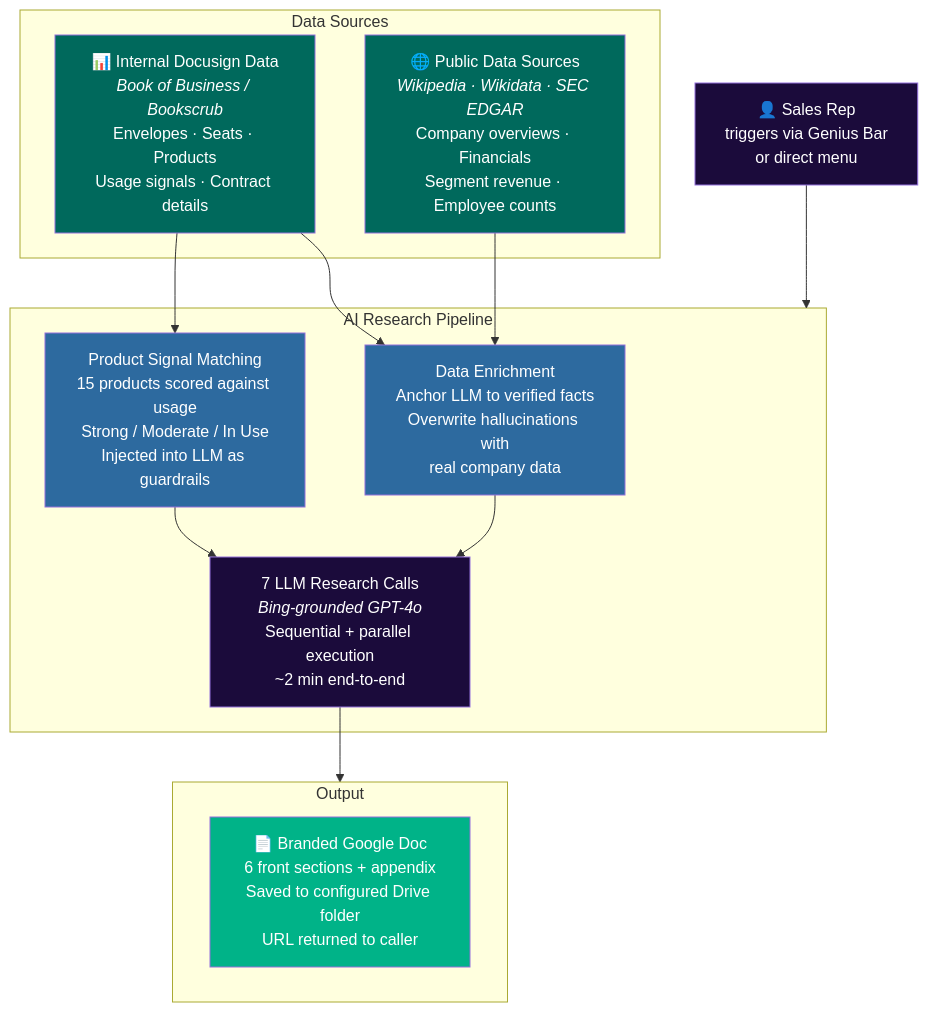
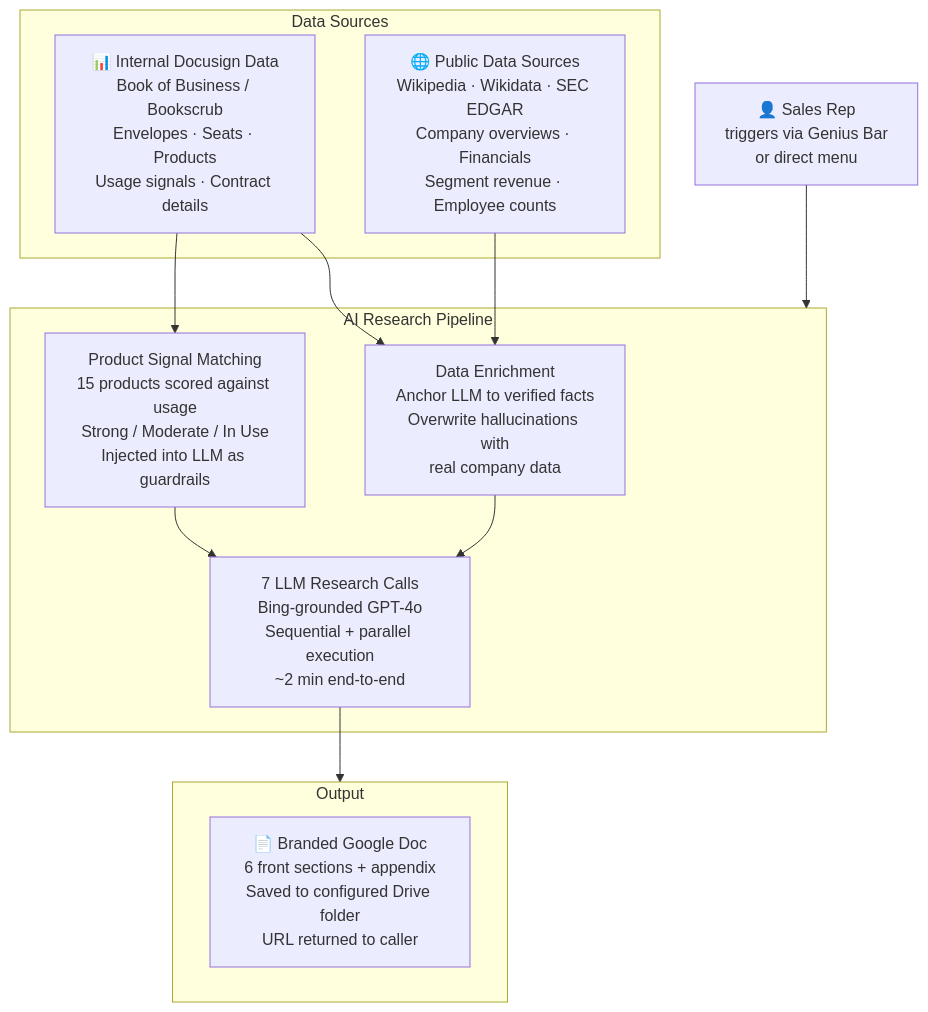
The first of 6 diagrams in README.md (prsolans/growth-strategy-2026), drawn with Mermaid before and after one commit. The commit also changed other lines of this file, not shown here.

First line of the commit message:
Remove Mermaid color styles, fix HTML tags rendering as literal text

````diff
--- a/README.md
+++ b/README.md
@@ -11,35 +11,27 @@
 ```mermaid
 graph TB
     TRIGGER["👤 Sales Rep<br/>triggers via Genius Bar<br/>or direct menu"]
 
     subgraph SOURCES["Data Sources"]
-        INTERNAL["📊 Internal Docusign Data<br/><i>Book of Business / Bookscrub</i><br/>Envelopes · Seats · Products<br/>Usage signals · Contract details"]
-        PUBLIC["🌐 Public Data Sources<br/><i>Wikipedia · Wikidata · SEC EDGAR</i><br/>Company overviews · Financials<br/>Segment revenue · Employee counts"]
+        INTERNAL["📊 Internal Docusign Data<br/>Book of Business / Bookscrub<br/>Envelopes · Seats · Products<br/>Usage signals · Contract details"]
+        PUBLIC["🌐 Public Data Sources<br/>Wikipedia · Wikidata · SEC EDGAR<br/>Company overviews · Financials<br/>Segment revenue · Employee counts"]
     end
 
     subgraph PIPELINE["AI Research Pipeline"]
         ENRICH["Data Enrichment<br/>Anchor LLM to verified facts<br/>Overwrite hallucinations with<br/>real company data"]
-        LLM["7 LLM Research Calls<br/><i>Bing-grounded GPT-4o</i><br/>Sequential + parallel execution<br/>~2 min end-to-end"]
+        LLM["7 LLM Research Calls<br/>Bing-grounded GPT-4o<br/>Sequential + parallel execution<br/>~2 min end-to-end"]
         SIGNALS["Product Signal Matching<br/>15 products scored against usage<br/>Strong / Moderate / In Use<br/>Injected into LLM as guardrails"]
     end
 
     subgraph OUTPUT["Output"]
         DOC["📄 Branded Google Doc<br/>6 front sections + appendix<br/>Saved to configured Drive folder<br/>URL returned to caller"]
     end
 
     TRIGGER --> PIPELINE
     INTERNAL --> SIGNALS
     INTERNAL --> ENRICH
     PUBLIC --> ENRICH
     SIGNALS --> LLM
     ENRICH --> LLM
     LLM --> OUTPUT
-
-    style TRIGGER fill:#1B0B3B,color:#ffffff
-    style INTERNAL fill:#00695C,color:#ffffff
-    style PUBLIC fill:#00695C,color:#ffffff
-    style ENRICH fill:#2d6a9f,color:#ffffff
-    style SIGNALS fill:#2d6a9f,color:#ffffff
-    style LLM fill:#1B0B3B,color:#ffffff
-    style DOC fill:#00B388,color:#ffffff
 ```
````
